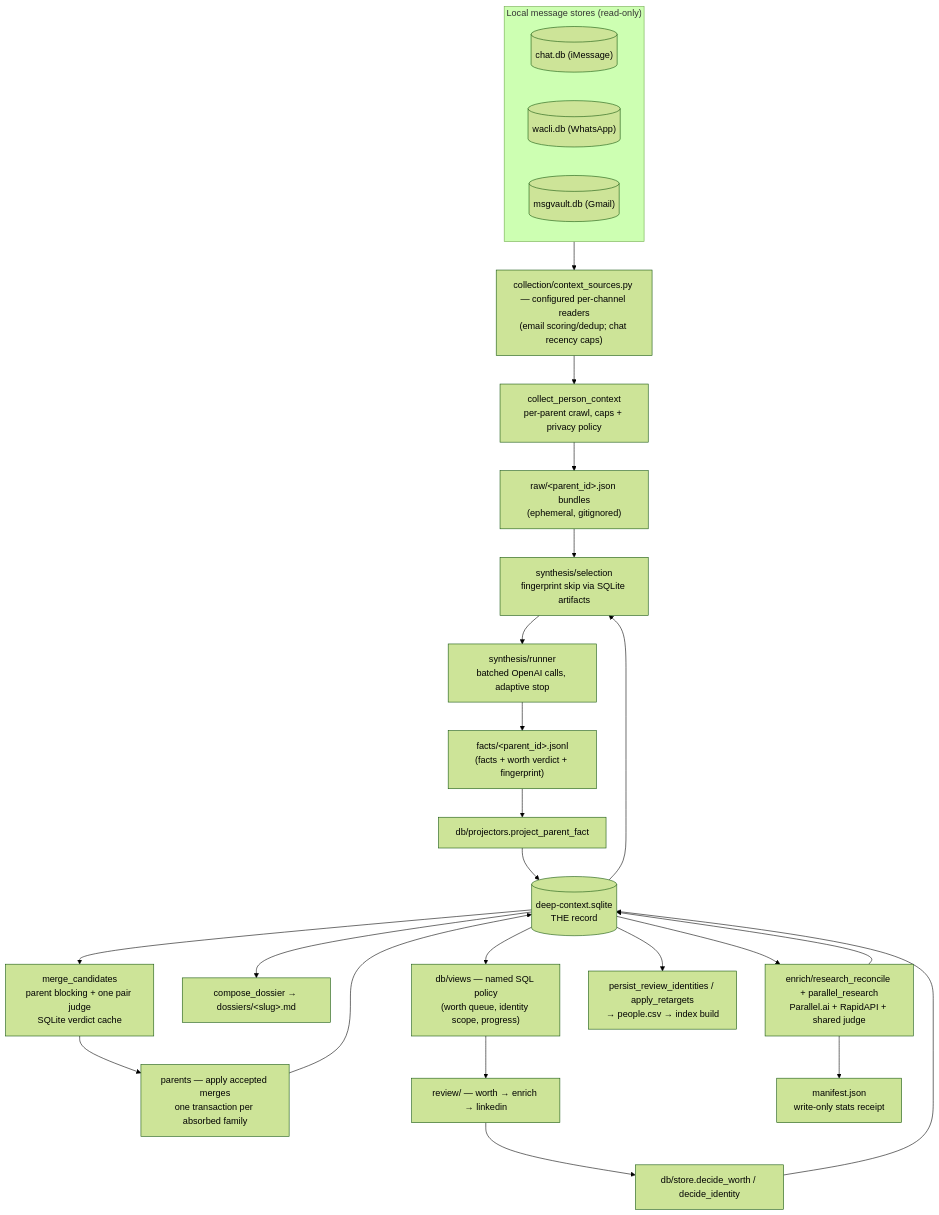
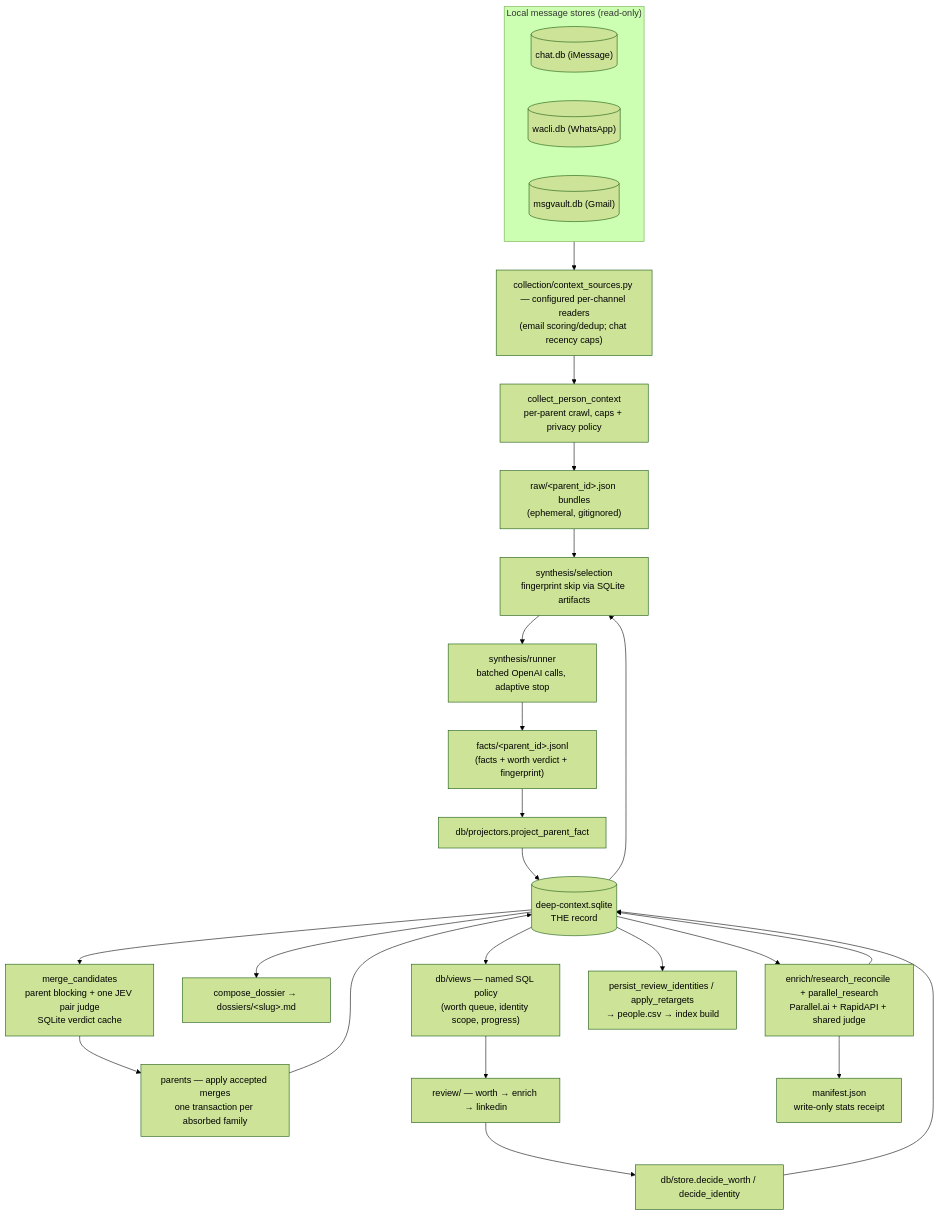
One commit to powerset-co/powerpacks changed the first of 3 diagrams in packs/ingestion/primitives/deep_context/README.md. Above: the diagram before and after it, drawn with Mermaid (forest theme). The commit also changed other lines of this file and 17 other files, not shown here.

First line of the commit message:
feat(deep-context)!: judge same-person pairs with JEV

````diff
--- a/packs/ingestion/primitives/deep_context/README.md
+++ b/packs/ingestion/primitives/deep_context/README.md
@@ -28,35 +30,35 @@
 ```mermaid
 flowchart TD
   subgraph stores["Local message stores (read-only)"]
     chatdb[("chat.db (iMessage)")]
     waclidb[("wacli.db (WhatsApp)")]
     msgvaultdb[("msgvault.db (Gmail)")]
   end
 
   stores --> readers["collection/context_sources.py — configured per-channel readers\n(email scoring/dedup; chat recency caps)"]
   readers --> collect["collect_person_context\nper-parent crawl, caps + privacy policy"]
   collect --> bundles["raw/&lt;parent_id&gt;.json bundles\n(ephemeral, gitignored)"]
 
   bundles --> select["synthesis/selection\nfingerprint skip via SQLite artifacts"]
   sqlite[("deep-context.sqlite\nTHE record")] --> select
   select --> runner["synthesis/runner\nbatched OpenAI calls, adaptive stop"]
   runner --> factsf["facts/&lt;parent_id&gt;.jsonl\n(facts + worth verdict + fingerprint)"]
   factsf --> pfacts["db/projectors.project_parent_fact"]
   pfacts --> sqlite
 
-  sqlite --> cluster["merge_candidates\nparent blocking + one pair judge\nSQLite verdict cache"]
+  sqlite --> cluster["merge_candidates\nparent blocking + one JEV pair judge\nSQLite verdict cache"]
   cluster --> parents["parents — apply accepted merges\none transaction per absorbed family"]
   parents --> sqlite
   sqlite --> dossier["compose_dossier → dossiers/&lt;slug&gt;.md"]
 
   sqlite --> views["db/views — named SQL policy\n(worth queue, identity scope, progress)"]
   views --> web["review/ — worth → enrich → linkedin"]
   web --> decide["db/store.decide_worth / decide_identity"]
   decide --> sqlite
 
   sqlite --> research["enrich/research_reconcile + parallel_research\nParallel.ai + RapidAPI + shared judge"]
   research --> receipt["manifest.json\nwrite-only stats receipt"]
   research --> sqlite
 
   sqlite --> realize["persist_review_identities / apply_retargets\n→ people.csv → index build"]
 ```
````
